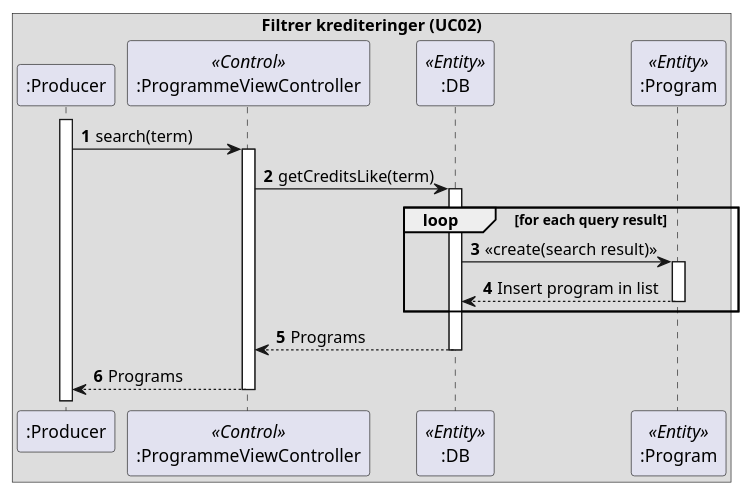
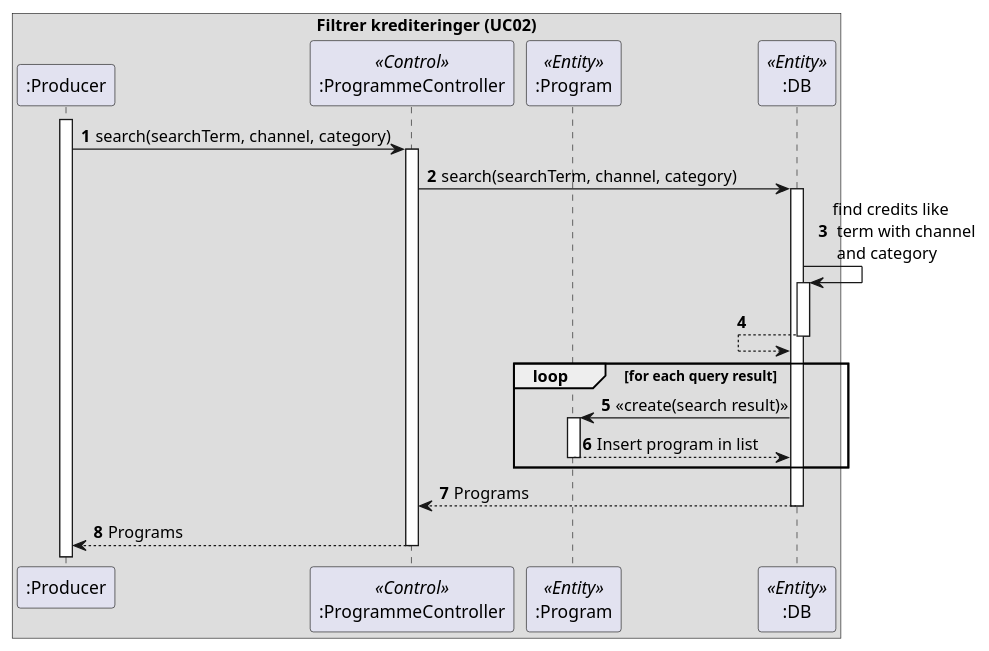
One commit to amatzen/SE02-SE-G02-SPRO changed the diagram in uml/sequence_diagrams/operation/UC02_filter_credits.puml. Above: the diagram before and after it, drawn with PlantUML. The commit also changed 10 other files, not shown here.

```diff
--- a/uml/sequence_diagrams/operation/UC02_filter_credits.puml
+++ b/uml/sequence_diagrams/operation/UC02_filter_credits.puml
@@ -1,28 +1,34 @@
 @startuml
 'https://plantuml.com/sequence-diagram
 
 autonumber
 
 box Filtrer krediteringer (UC02)
     participant ":Producer" as producer
-    participant ":ProgrammeViewController" as programController <<Control>>
+    participant ":ProgrammeController" as programController <<Control>>
+    participant ":Program" as program <<Entity>>
     participant ":DB" as db <<Entity>>
-    participant ":Program" as program <<Entity>>
 end box
 
 activate producer
-producer -> programController : search(term)
+producer -> programController : search(searchTerm, channel, category)
 activate programController
-programController -> db : getCreditsLike(term)
+
+programController -> db : search(searchTerm, channel, category)
 activate db
+db -> db : find credits like \n term with channel \n and category
+activate db
+db <-- db
+deactivate db
+
 loop for each query result
     db -> program : <<create(search result)>>
     activate program
     db <-- program : Insert program in list
     deactivate program
 end
 programController <-- db : Programs
 deactivate db
 producer <-- programController : Programs
 deactivate programController
 @enduml
```
